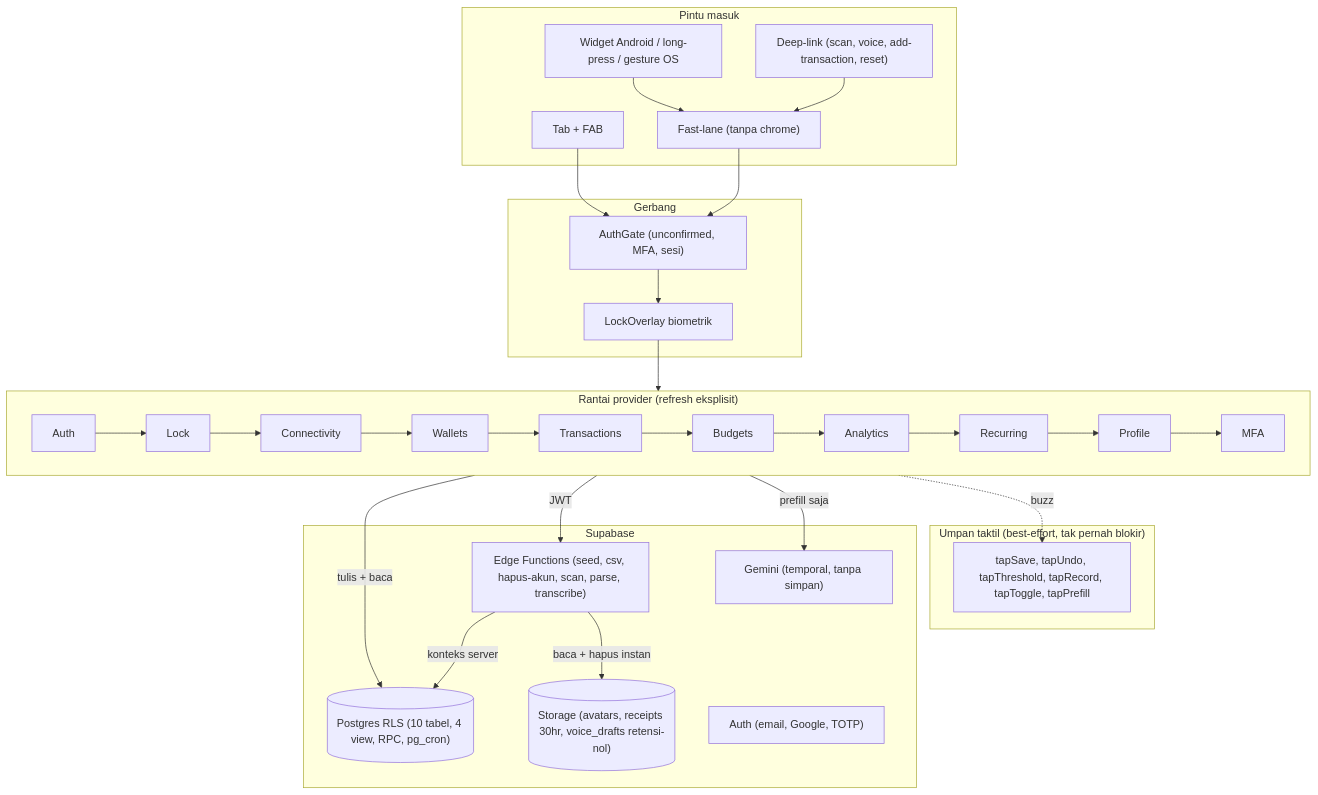
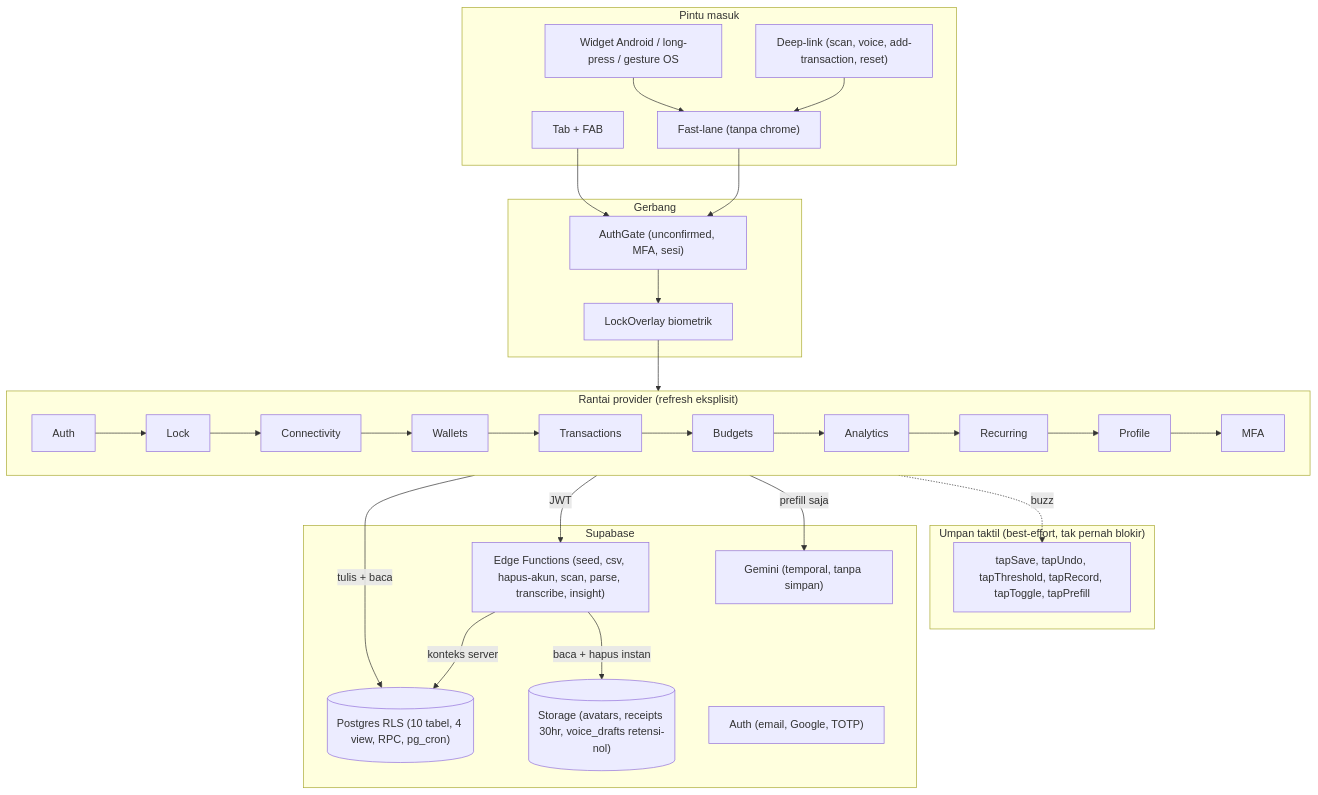
The diagram in README.md (Callmerev95/Cashtrix), drawn with Mermaid before and after one commit. The commit also changed other lines of this file and 6 other files, not shown here.

````diff
--- a/README.md
+++ b/README.md
@@ -328,37 +340,37 @@
 ```mermaid
 flowchart TB
     subgraph Entry["Pintu masuk"]
         Tabs["Tab + FAB"]
         FastLane["Fast-lane (tanpa chrome)"]
         Widget["Widget Android / long-press / gesture OS"]
         DeepLink["Deep-link (scan, voice, add-transaction, reset)"]
     end
     subgraph Gate["Gerbang"]
         AuthGate["AuthGate (unconfirmed, MFA, sesi)"]
         LockOverlay["LockOverlay biometrik"]
     end
     subgraph Providers["Rantai provider (refresh eksplisit)"]
         Auth["Auth"] --> Lock["Lock"] --> Conn["Connectivity"] --> Wal["Wallets"] --> Trx["Transactions"] --> Bud["Budgets"] --> Ana["Analytics"] --> Rec["Recurring"] --> Pro["Profile"] --> Mfa["MFA"]
     end
     subgraph UX["Umpan taktil (best-effort, tak pernah blokir)"]
         Hap["tapSave, tapUndo, tapThreshold, tapRecord, tapToggle, tapPrefill"]
     end
     subgraph Server["Supabase"]
         PG[("Postgres RLS (10 tabel, 4 view, RPC, pg_cron)")]
-        Edge["Edge Functions (seed, csv, hapus-akun, scan, parse, transcribe)"]
+        Edge["Edge Functions (seed, csv, hapus-akun, scan, parse, transcribe, insight)"]
         Sto[("Storage (avatars, receipts 30hr, voice_drafts retensi-nol)")]
         AuthS["Auth (email, Google, TOTP)"]
         Gem["Gemini (temporal, tanpa simpan)"]
     end
     Widget --> FastLane
     DeepLink --> FastLane
     Tabs --> AuthGate
     FastLane --> AuthGate
     AuthGate --> LockOverlay --> Providers
     Providers -->|tulis + baca| PG
     Providers -->|JWT| Edge
     Providers -->|prefill saja| Gem
     Edge -->|konteks server| PG
     Edge -->|baca + hapus instan| Sto
     Providers -.->|buzz| Hap
 ```
````
